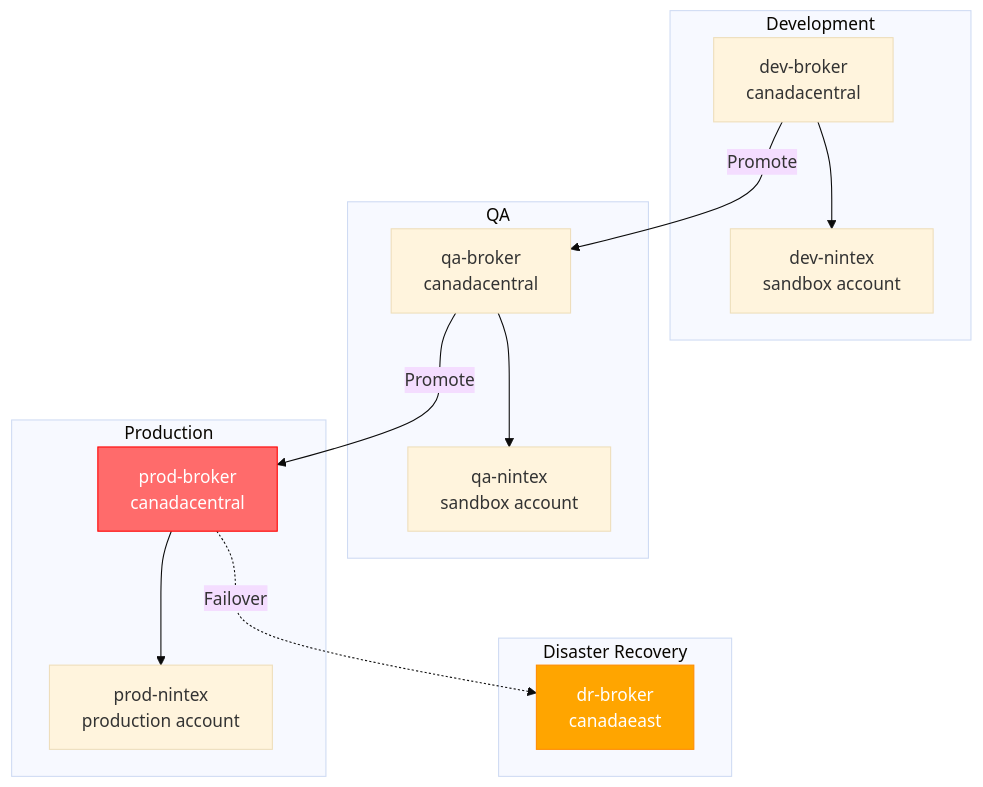
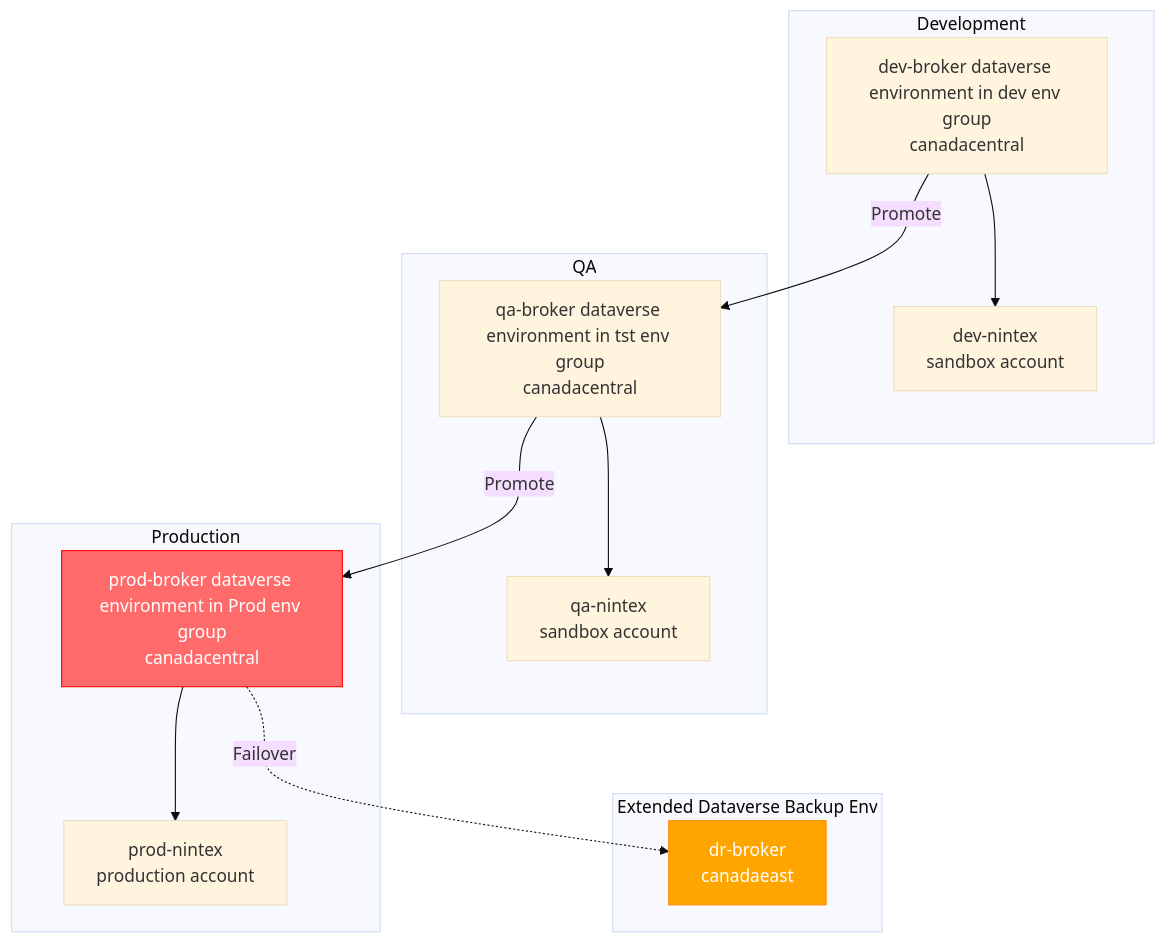
Diagram 16 of 21 in README.md (Cloudstrucc/nintex-dataverse), drawn with Mermaid (base theme) before and after one commit. The commit also changed other lines of this file, not shown here.

````diff
--- a/README.md
+++ b/README.md
@@ -1629,32 +1629,32 @@
 ```mermaid
 graph TB
     subgraph "Development"
-        A[dev-broker<br/>canadacentral]
+        A[dev-broker dataverse <br/>environment in dev env group<br/>canadacentral]
         B[dev-nintex<br/>sandbox account]
     end
     
     subgraph "QA"
-        C[qa-broker<br/>canadacentral]
+        C[qa-broker dataverse <br/>environment in tst env group<br/>canadacentral]
         D[qa-nintex<br/>sandbox account]
     end
     
     subgraph "Production"
-        E[prod-broker<br/>canadacentral]
+        E[prod-broker dataverse <br/>environment in Prod env group<br/>canadacentral]
         F[prod-nintex<br/>production account]
     end
     
-    subgraph "Disaster Recovery"
+    subgraph "Extended Dataverse Backup Env"
         G[dr-broker<br/>canadaeast]
     end
     
     A -->|Promote| C
     C -->|Promote| E
     E -.->|Failover| G
     
     A --> B
     C --> D
     E --> F
     
     style E fill:#FF6B6B,stroke:#FF0000,color:#fff
     style G fill:#FFA500,stroke:#FF8C00,color:#fff
 ```
````
